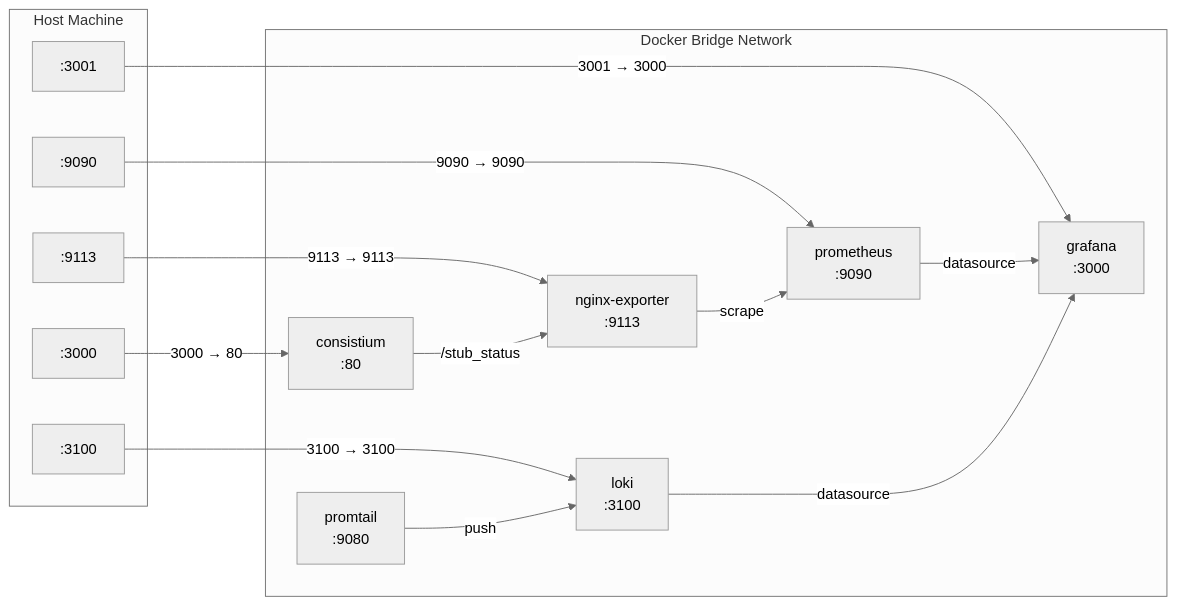
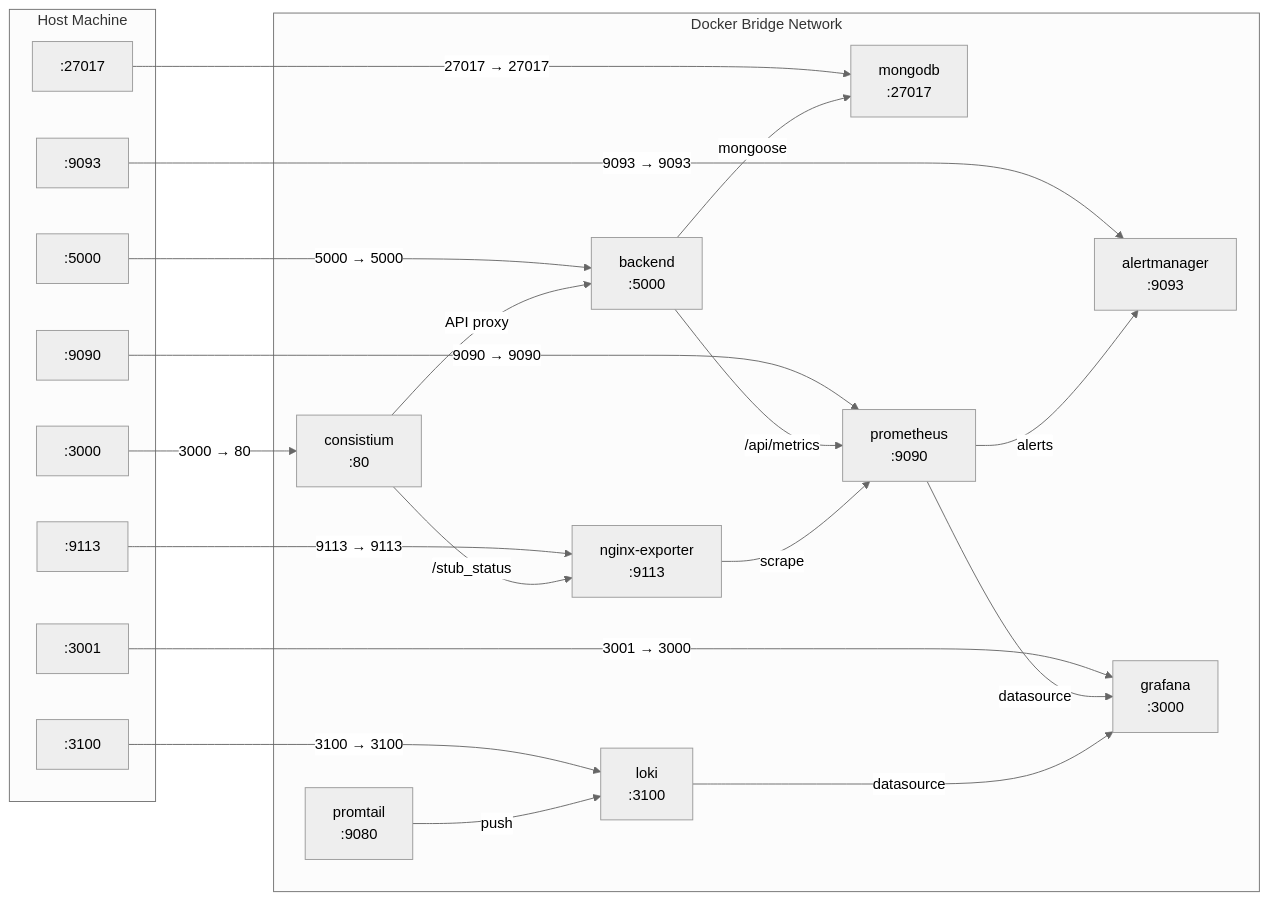
The third of 3 diagrams in docs/devops/architecture.md (Kalpanapramodya97/consistium), drawn with Mermaid (neutral theme) before and after one commit. The commit also changed other lines of this file and 5 other files, not shown here.

````diff
--- a/docs/devops/architecture.md
+++ b/docs/devops/architecture.md
@@ -252,32 +402,44 @@
 ```mermaid
 graph LR
     subgraph Host["Host Machine"]
         P3000[":3000"]
+        P5000[":5000"]
+        P27017[":27017"]
         P9090[":9090"]
+        P9093[":9093"]
         P9113[":9113"]
         P3001[":3001"]
         P3100[":3100"]
     end
 
     subgraph Docker["Docker Bridge Network"]
         C80["consistium<br/>:80"]
+        BE5000["backend<br/>:5000"]
+        MG27017["mongodb<br/>:27017"]
         E9113["nginx-exporter<br/>:9113"]
         PR9090["prometheus<br/>:9090"]
+        AM9093["alertmanager<br/>:9093"]
         G3000["grafana<br/>:3000"]
         L3100["loki<br/>:3100"]
         PT9080["promtail<br/>:9080"]
     end
 
     P3000 -->|"3000 → 80"| C80
+    P5000 -->|"5000 → 5000"| BE5000
+    P27017 -->|"27017 → 27017"| MG27017
     P9113 -->|"9113 → 9113"| E9113
     P9090 -->|"9090 → 9090"| PR9090
+    P9093 -->|"9093 → 9093"| AM9093
     P3001 -->|"3001 → 3000"| G3000
+    P3100 -->|"3100 → 3100"| L3100
 
+    C80 -->|"API proxy"| BE5000
+    BE5000 -->|"mongoose"| MG27017
     C80 -->|"/stub_status"| E9113
+    BE5000 -->|"/api/metrics"| PR9090
     E9113 -->|"scrape"| PR9090
+    PR9090 -->|"alerts"| AM9093
     PR9090 -->|"datasource"| G3000
-
-    P3100 -->|"3100 → 3100"| L3100
     PT9080 -->|"push"| L3100
     L3100 -->|"datasource"| G3000
 ```
````
